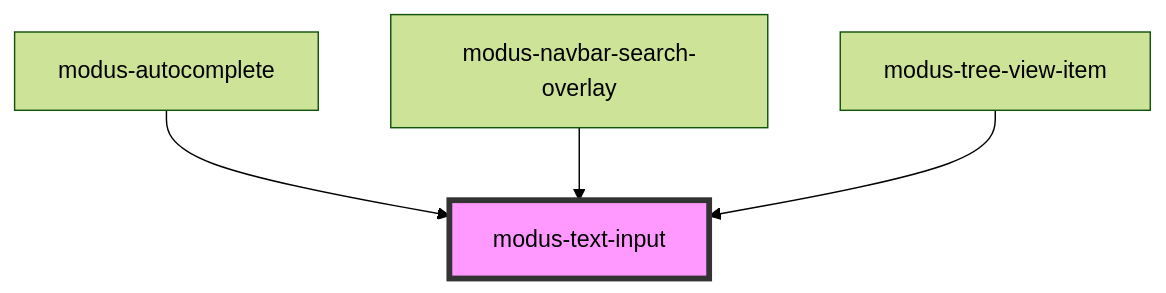
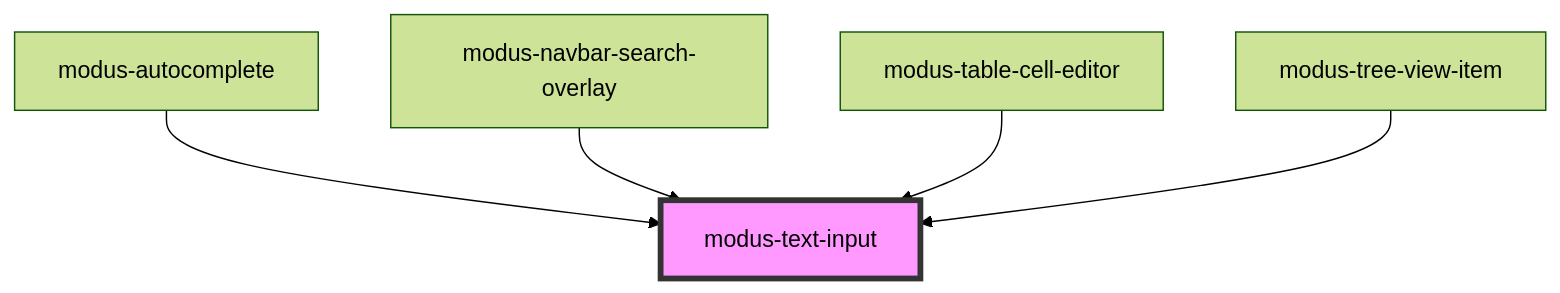
The diagram in stencil-workspace/src/components/modus-text-input/readme.md (trimble-oss/modus-web-components), drawn with Mermaid (forest theme) before and after one commit. The commit also changed other lines of this file and 71 other files, not shown here.

````diff
--- a/stencil-workspace/src/components/modus-text-input/readme.md
+++ b/stencil-workspace/src/components/modus-text-input/readme.md
@@ -63,7 +71,8 @@
 ```mermaid
 graph TD;
   modus-autocomplete --> modus-text-input
   modus-navbar-search-overlay --> modus-text-input
+  modus-table-cell-editor --> modus-text-input
   modus-tree-view-item --> modus-text-input
   style modus-text-input fill:#f9f,stroke:#333,stroke-width:4px
 ```
````
